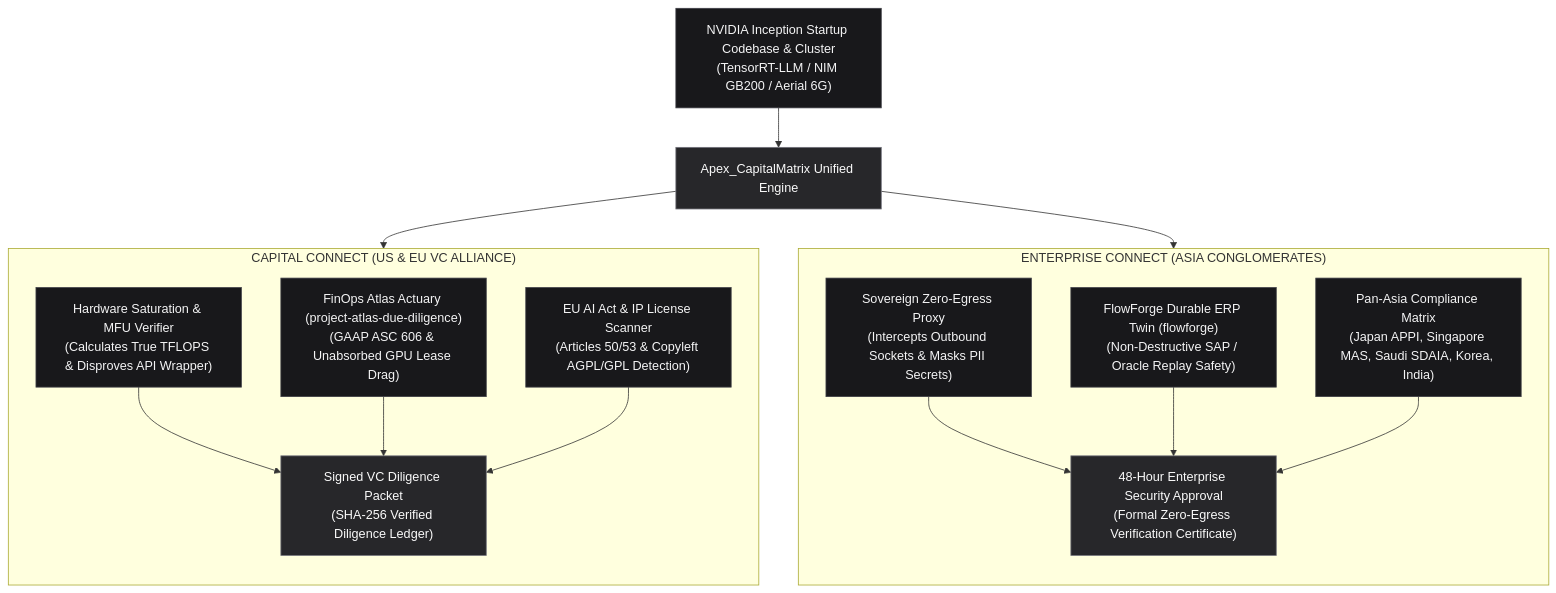
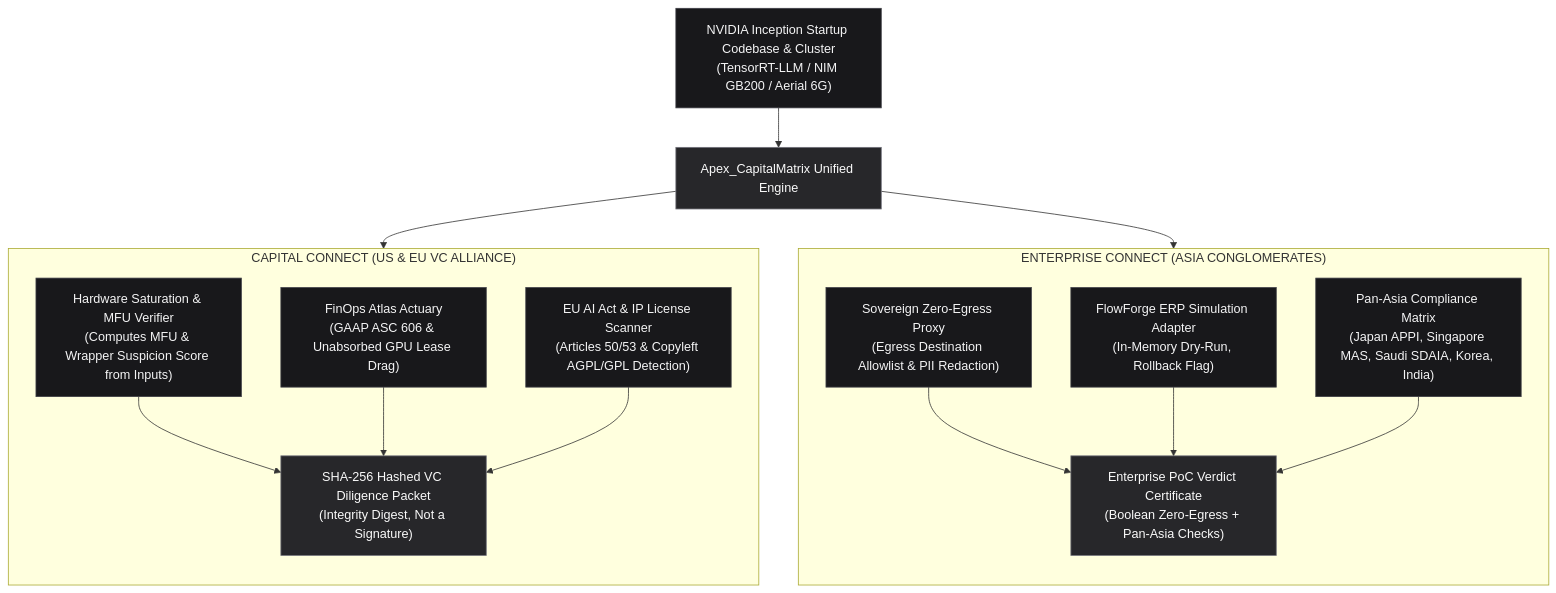
One commit to AAH20/apex-capitalmatrix changed the diagram in README.md. Above: the diagram before and after it, drawn with Mermaid. The commit also changed other lines of this file and 12 other files, not shown here.

````diff
--- a/README.md
+++ b/README.md
@@ -28,34 +28,34 @@
 ```mermaid
 graph TD
     classDef default fill:#18181b,stroke:#3f3f46,stroke-width:1px,color:#f4f4f5;
     classDef highlight fill:#27272a,stroke:#71717a,stroke-width:1px,color:#fafafa;
 
     Inception["NVIDIA Inception Startup Codebase & Cluster<br/>(TensorRT-LLM / NIM GB200 / Aerial 6G)"] --> Core["Apex_CapitalMatrix Unified Engine"]
 
     subgraph Capital_Connect ["CAPITAL CONNECT (US & EU VC ALLIANCE)"]
         direction TB
-        MFU["Hardware Saturation & MFU Verifier<br/>(Calculates True TFLOPS & Disproves API Wrapper)"]
-        Atlas["FinOps Atlas Actuary (project-atlas-due-diligence)<br/>(GAAP ASC 606 & Unabsorbed GPU Lease Drag)"]
+        MFU["Hardware Saturation & MFU Verifier<br/>(Computes MFU & Wrapper Suspicion Score from Inputs)"]
+        Atlas["FinOps Atlas Actuary<br/>(GAAP ASC 606 & Unabsorbed GPU Lease Drag)"]
         EU["EU AI Act & IP License Scanner<br/>(Articles 50/53 & Copyleft AGPL/GPL Detection)"]
-        VCPacket["Signed VC Diligence Packet<br/>(SHA-256 Verified Diligence Ledger)"]
+        VCPacket["SHA-256 Hashed VC Diligence Packet<br/>(Integrity Digest, Not a Signature)"]
         MFU --> VCPacket
         Atlas --> VCPacket
         EU --> VCPacket
     end
 
     subgraph Enterprise_Connect ["ENTERPRISE CONNECT (ASIA CONGLOMERATES)"]
         direction TB
-        AirGap["Sovereign Zero-Egress Proxy<br/>(Intercepts Outbound Sockets & Masks PII Secrets)"]
-        Replay["FlowForge Durable ERP Twin (flowforge)<br/>(Non-Destructive SAP / Oracle Replay Safety)"]
+        AirGap["Sovereign Zero-Egress Proxy<br/>(Egress Destination Allowlist & PII Redaction)"]
+        Replay["FlowForge ERP Simulation Adapter<br/>(In-Memory Dry-Run, Rollback Flag)"]
         PanAsia["Pan-Asia Compliance Matrix<br/>(Japan APPI, Singapore MAS, Saudi SDAIA, Korea, India)"]
-        PoCCert["48-Hour Enterprise Security Approval<br/>(Formal Zero-Egress Verification Certificate)"]
+        PoCCert["Enterprise PoC Verdict Certificate<br/>(Boolean Zero-Egress + Pan-Asia Checks)"]
         AirGap --> PoCCert
         Replay --> PoCCert
         PanAsia --> PoCCert
     end
 
     Core --> Capital_Connect
     Core --> Enterprise_Connect
 
     class Core,VCPacket,PoCCert highlight;
 ```
````
